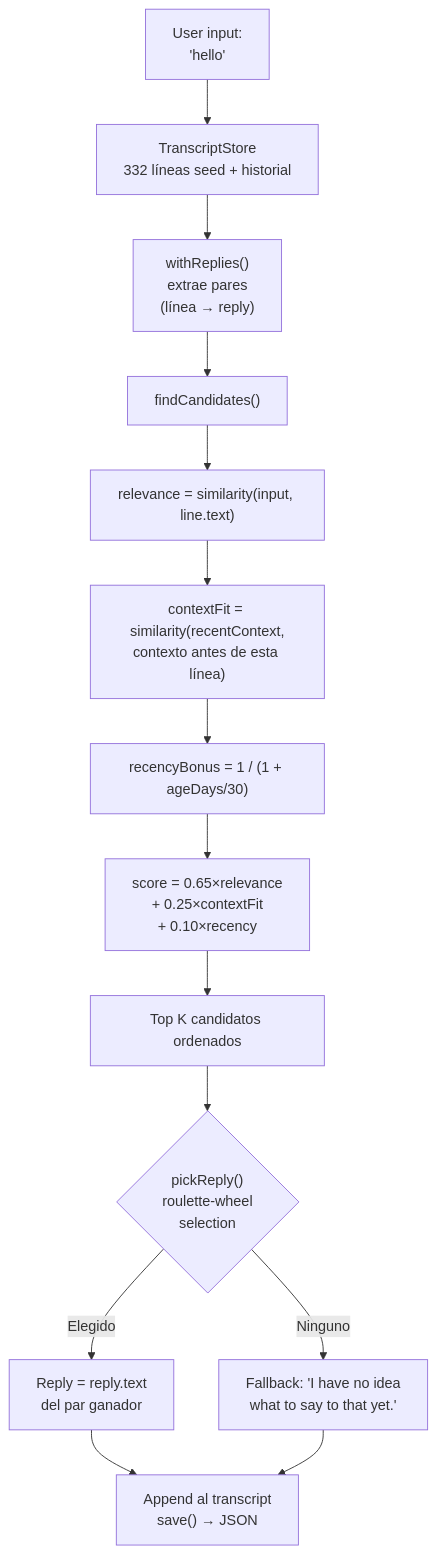
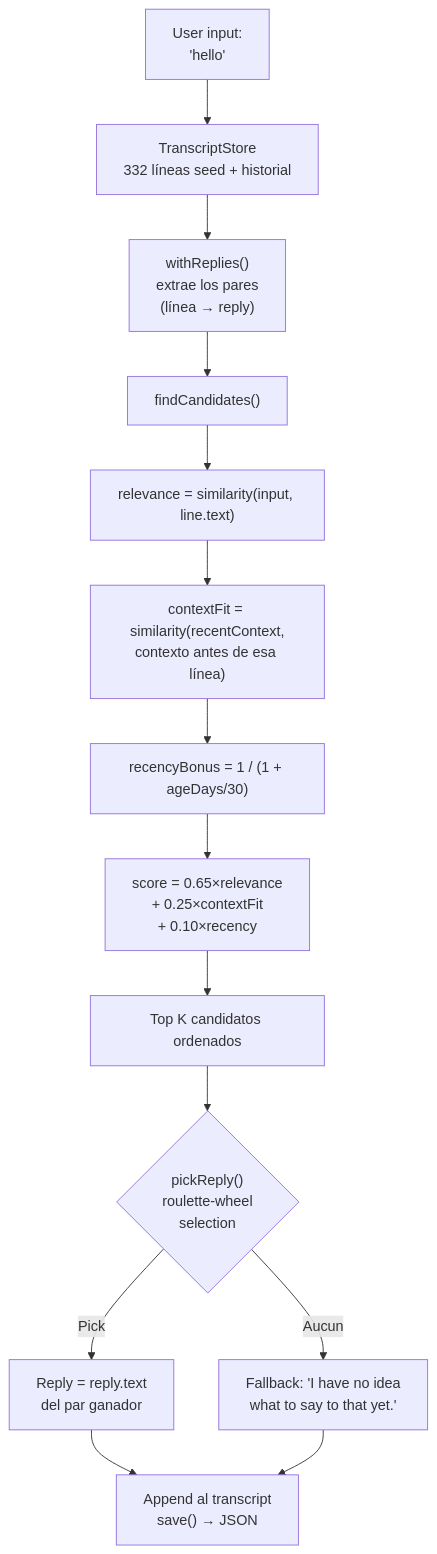
One commit to fox3000foxy/fox3000foxy.github.io changed the second of 2 diagrams in public/articles/es/from-eliza-to-llm-chatbots-typescript.md. Above: the diagram before and after it, drawn with Mermaid. The commit also changed other lines of this file and 576 other files, not shown here.

````diff
--- a/public/articles/es/from-eliza-to-llm-chatbots-typescript.md
+++ b/public/articles/es/from-eliza-to-llm-chatbots-typescript.md
@@ -308,16 +307,16 @@
 ```mermaid
 flowchart TD
     A["User input:<br>'hello'"] --> B["TranscriptStore<br>332 líneas seed + historial"]
-    B --> C["withReplies()<br>extrae pares<br>(línea → reply)"]
+    B --> C["withReplies()<br>extrae los pares<br>(línea → reply)"]
     C --> D["findCandidates()"]
     D --> E["relevance = similarity(input, line.text)"]
-    E --> F["contextFit = similarity(recentContext,<br>contexto antes de esta línea)"]
+    E --> F["contextFit = similarity(recentContext,<br>contexto antes de esa línea)"]
     F --> G["recencyBonus = 1 / (1 + ageDays/30)"]
     G --> H["score = 0.65×relevance<br>+ 0.25×contextFit<br>+ 0.10×recency"]
     H --> I["Top K candidatos ordenados"]
     I --> J{"pickReply()<br>roulette-wheel<br>selection"}
-    J -->|"Elegido"| K["Reply = reply.text<br>del par ganador"]
-    J -->|"Ninguno"| L["Fallback: 'I have no idea<br>what to say to that yet.'"]
+    J -->|"Pick"| K["Reply = reply.text<br>del par ganador"]
+    J -->|"Aucun"| L["Fallback: 'I have no idea<br>what to say to that yet.'"]
     K --> M["Append al transcript<br>save() → JSON"]
     L --> M
 ```
````
